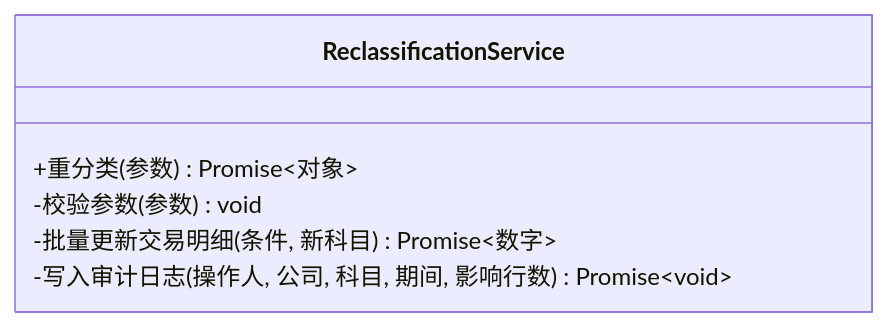
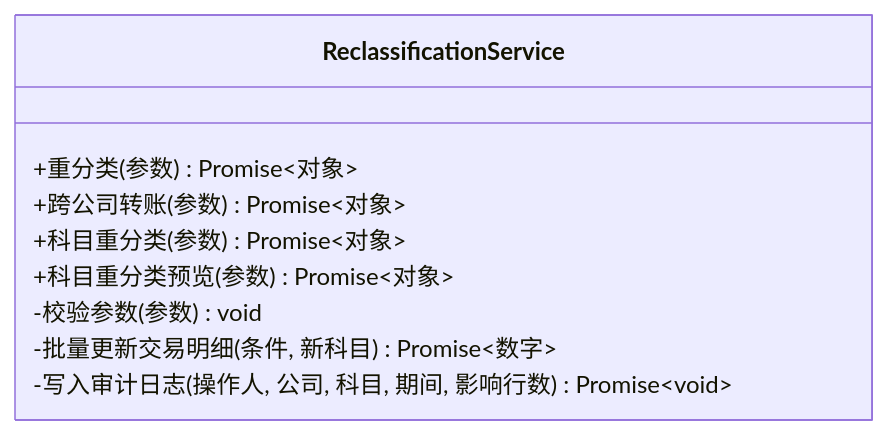
The third of 8 diagrams in .qoder/repowiki/zh/content/核心模块/重分类系统.md (Damao997/newproject), drawn with Mermaid before and after one commit. The commit also changed other lines of this file and 23 other files, not shown here.

````diff
--- a/.qoder/repowiki/zh/content/核心模块/重分类系统.md
+++ b/.qoder/repowiki/zh/content/核心模块/重分类系统.md
@@ -131,9 +129,12 @@
 ```mermaid
 classDiagram
 class ReclassificationService {
 +重分类(参数) Promise~对象~
++跨公司转账(参数) Promise~对象~
++科目重分类(参数) Promise~对象~
++科目重分类预览(参数) Promise~对象~
 -校验参数(参数) void
 -批量更新交易明细(条件, 新科目) Promise~数字~
 -写入审计日志(操作人, 公司, 科目, 期间, 影响行数) Promise~void~
 }
 ```
````
